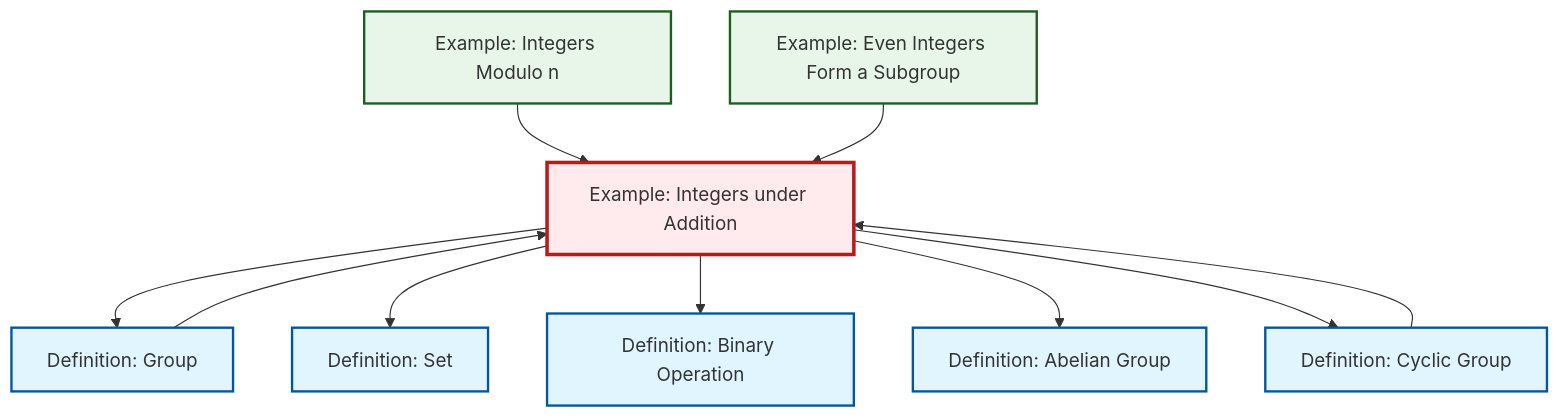
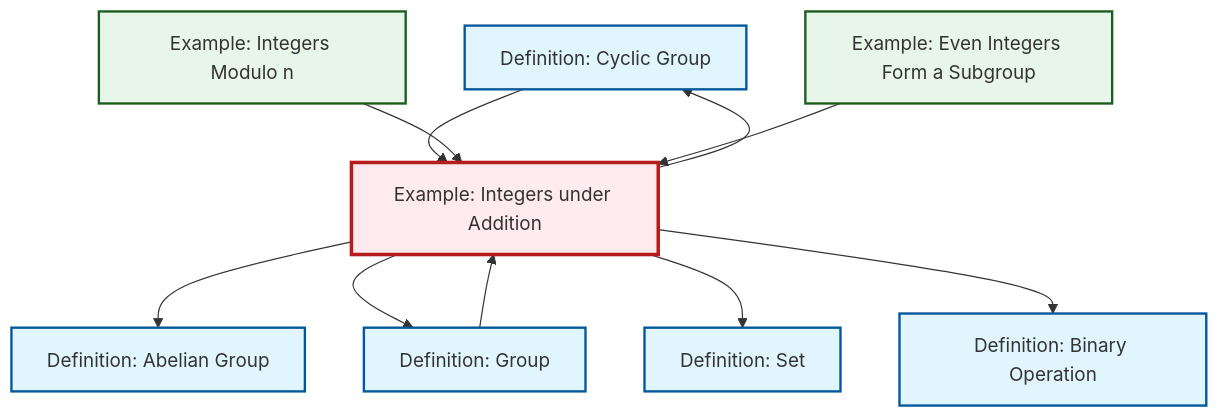
One commit to RK0429/ModernMath changed the diagram in content/en/algebra/ex-integers-addition.qmd. Above: the diagram before and after it, drawn with Mermaid. The commit also changed other lines of this file and 672 other files, not shown here.

````diff
--- a/content/en/algebra/ex-integers-addition.qmd
+++ b/content/en/algebra/ex-integers-addition.qmd
@@ -73,34 +73,34 @@
 ```{mermaid}
 %%| fig-cap: "Local dependency graph"
 graph TD
     classDef definition fill:#e1f5fe,stroke:#01579b,stroke-width:2px
     classDef theorem fill:#f3e5f5,stroke:#4a148c,stroke-width:2px
     classDef axiom fill:#fff3e0,stroke:#e65100,stroke-width:2px
     classDef example fill:#e8f5e9,stroke:#1b5e20,stroke-width:2px
     classDef current fill:#ffebee,stroke:#b71c1c,stroke-width:3px
+    def-set["Definition: Set"]:::definition
+    def-cyclic-group["Definition: Cyclic Group"]:::definition
     def-binary-operation["Definition: Binary Operation"]:::definition
+    ex-integers-addition["Example: Integers under Addition"]:::example
     ex-quotient-integers-mod-n["Example: Integers Modulo n"]:::example
-    def-cyclic-group["Definition: Cyclic Group"]:::definition
-    def-set["Definition: Set"]:::definition
-    def-abelian-group["Definition: Abelian Group"]:::definition
-    ex-integers-addition["Example: Integers under Addition"]:::example
     def-group["Definition: Group"]:::definition
     ex-even-integers-subgroup["Example: Even Integers Form a Subgroup"]:::example
+    def-abelian-group["Definition: Abelian Group"]:::definition
+    ex-integers-addition --> def-abelian-group
     ex-integers-addition --> def-group
+    def-cyclic-group --> ex-integers-addition
+    ex-quotient-integers-mod-n --> ex-integers-addition
+    ex-even-integers-subgroup --> ex-integers-addition
+    ex-integers-addition --> def-cyclic-group
+    def-group --> ex-integers-addition
     ex-integers-addition --> def-set
     ex-integers-addition --> def-binary-operation
-    ex-integers-addition --> def-abelian-group
-    ex-quotient-integers-mod-n --> ex-integers-addition
-    def-group --> ex-integers-addition
-    def-cyclic-group --> ex-integers-addition
-    ex-integers-addition --> def-cyclic-group
-    ex-even-integers-subgroup --> ex-integers-addition
     class ex-integers-addition current
+    click def-set "def-set.html" "Go to Set definition"
+    click def-cyclic-group "def-cyclic-group.html" "Go to Cyclic Group definition"
     click def-binary-operation "def-binary-operation.html" "Go to Binary Operation definition"
     click ex-quotient-integers-mod-n "ex-quotient-integers-mod-n.html" "Go to Integers Modulo n example"
-    click def-cyclic-group "def-cyclic-group.html" "Go to Cyclic Group definition"
-    click def-set "def-set.html" "Go to Set definition"
-    click def-abelian-group "def-abelian-group.html" "Go to Abelian Group definition"
     click def-group "def-group.html" "Go to Group definition"
     click ex-even-integers-subgroup "ex-even-integers-subgroup.html" "Go to Even Integers Form a Subgroup example"
+    click def-abelian-group "def-abelian-group.html" "Go to Abelian Group definition"
 ```
````
